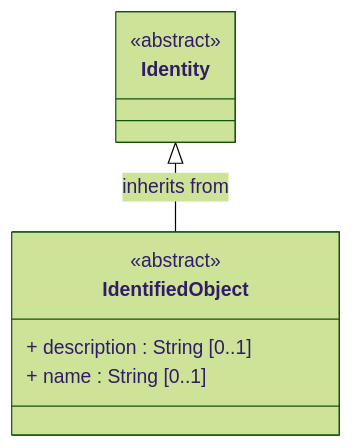
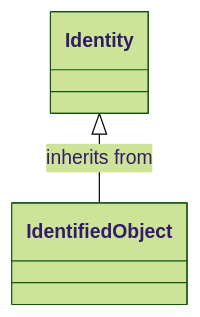
Before and after one commit to PNNL-CIM-Tools/CIM-Graph: diagram 11 of 14 in cimgraph/data_profile/cim18gmdm/asset/Asset.rdfs-t2b.md, drawn with Mermaid (forest theme). The commit also changed other lines of this file and 4 other files, not shown here.

````diff
--- a/cimgraph/data_profile/cim18gmdm/asset/Asset.rdfs-t2b.md
+++ b/cimgraph/data_profile/cim18gmdm/asset/Asset.rdfs-t2b.md
@@ -527,16 +468,6 @@
 ```mermaid
 classDiagram
-direction TB
-
-class IdentifiedObject {
-<<abstract>>
-+ description : String [0..1]
-+ name : String [0..1]
+class IdentifiedObject{
 }
-
-class Identity {
-<<abstract>>
-}
-
 Identity <|-- IdentifiedObject : inherits from
 ```
````
